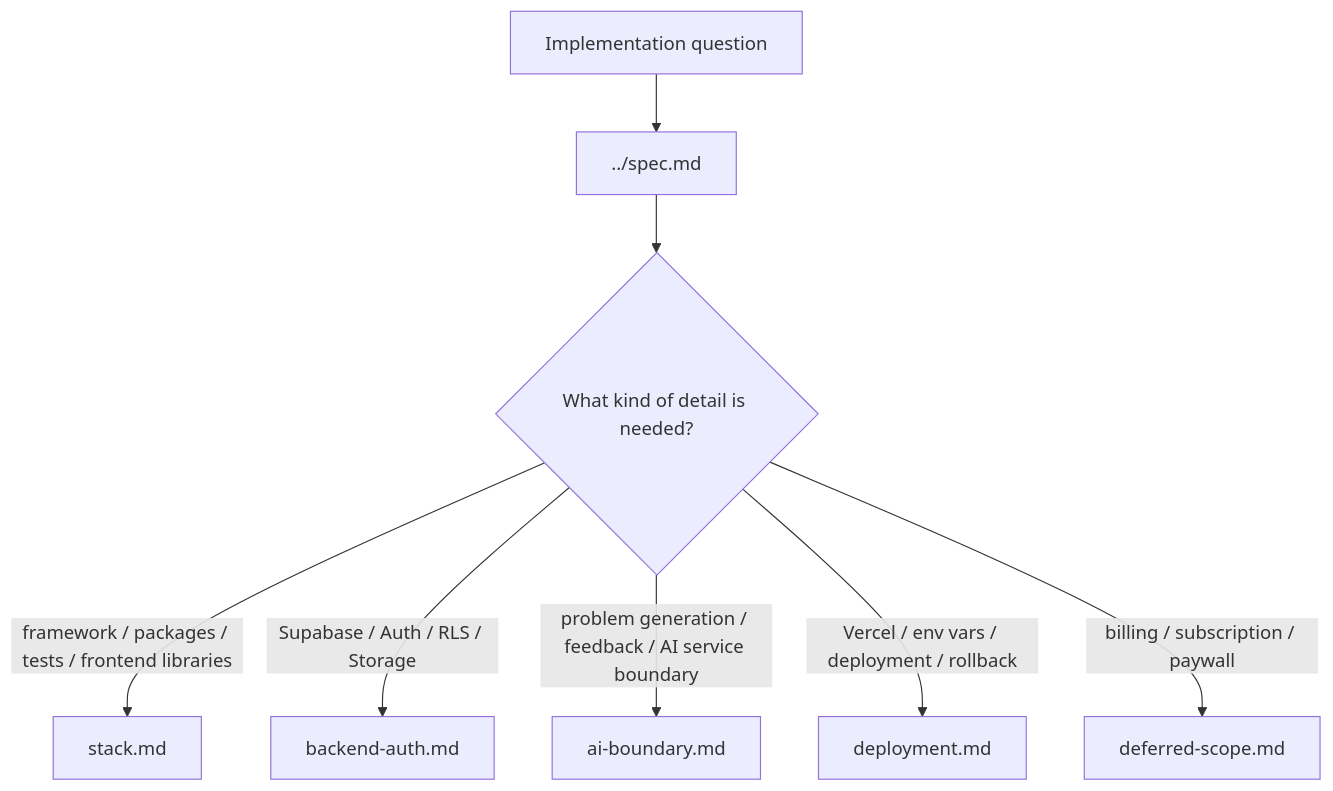
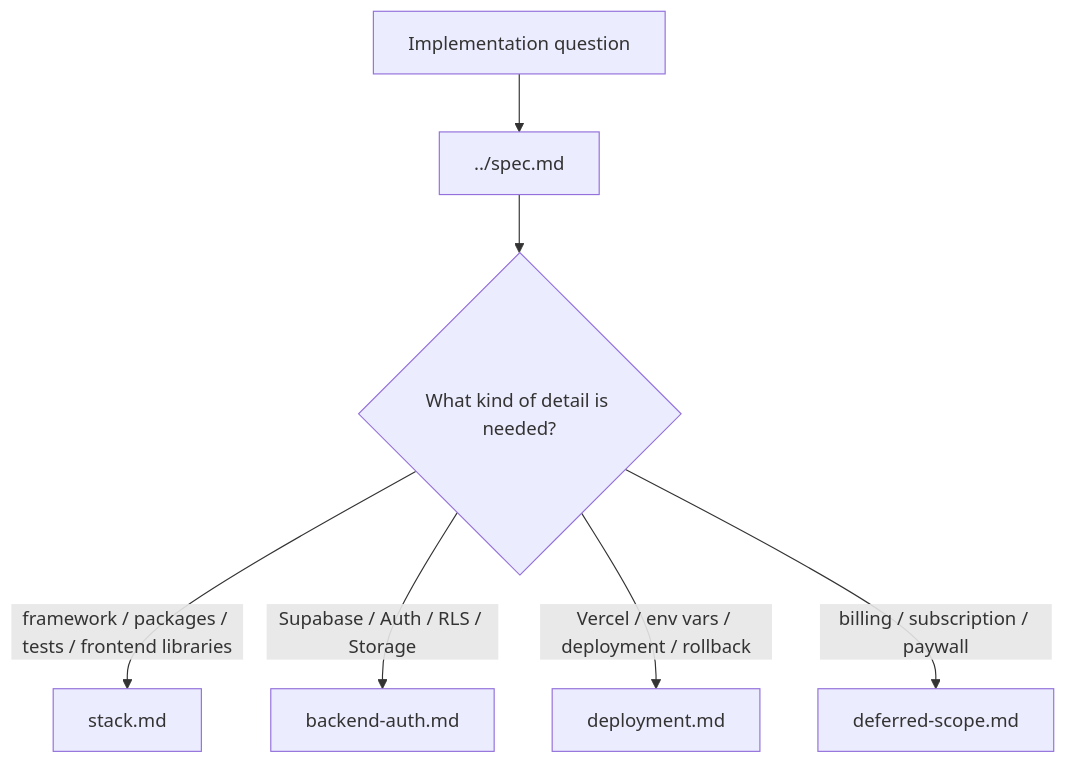
One commit to blackstarzck/topik-project-v13 changed the diagram in docs/development/README.md. Above: the diagram before and after it, drawn with Mermaid. The commit also changed other lines of this file and 30 other files, not shown here.

````diff
--- a/docs/development/README.md
+++ b/docs/development/README.md
@@ -11,10 +11,9 @@
 ```mermaid
 flowchart TD
     A["Implementation question"] --> B["../spec.md"]
     B --> C{"What kind of detail is needed?"}
     C -->|"framework / packages / tests / frontend libraries"| D["stack.md"]
     C -->|"Supabase / Auth / RLS / Storage"| E["backend-auth.md"]
-    C -->|"problem generation / feedback / AI service boundary"| F["ai-boundary.md"]
     C -->|"Vercel / env vars / deployment / rollback"| G["deployment.md"]
     C -->|"billing / subscription / paywall"| H["deferred-scope.md"]
 ```
````
